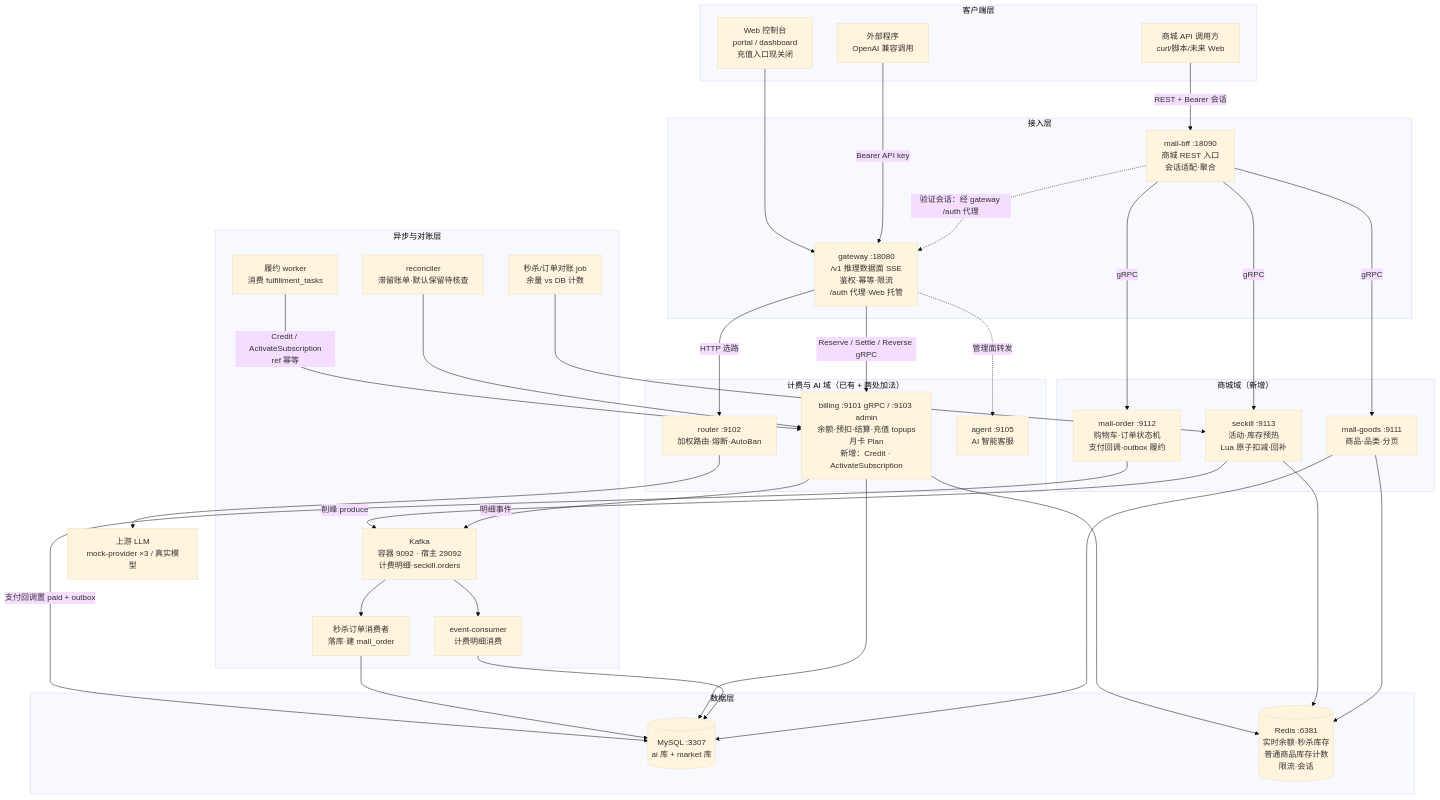
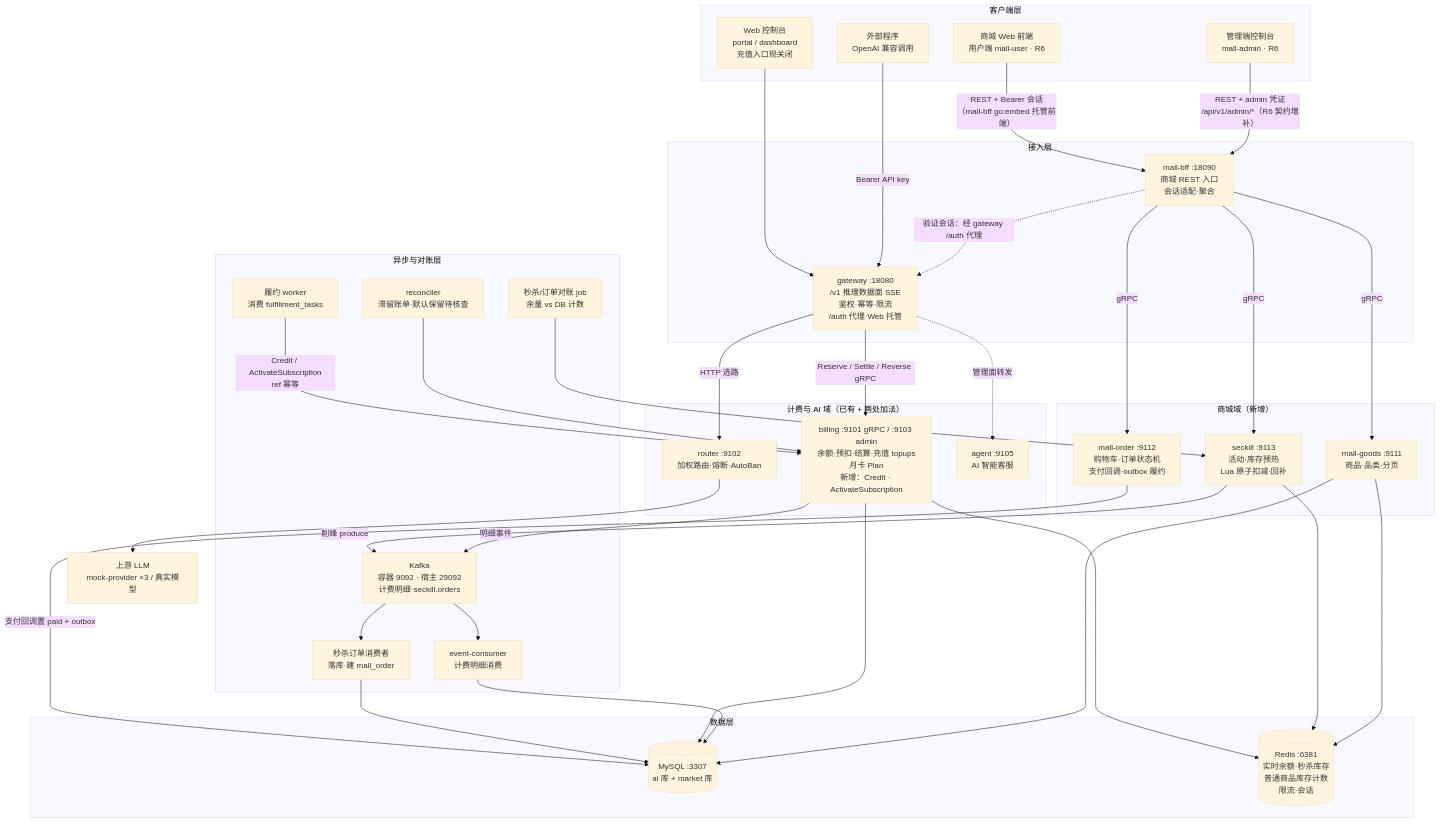
The first of 8 diagrams in docs/architecture.md (frostloom/my-market), drawn with Mermaid (base theme) before and after one commit. The commit also changed other lines of this file and 3 other files, not shown here.

````diff
--- a/docs/architecture.md
+++ b/docs/architecture.md
@@ -11,72 +11,74 @@
 ```mermaid
 flowchart TB
     subgraph Clients["客户端层"]
-        APP["商城 API 调用方<br/>curl/脚本/未来 Web"]
+        APP["商城 Web 前端<br/>用户端 mall-user · R6"]
+        ADMIN["管理端控制台<br/>mall-admin · R6"]
         WEB["Web 控制台<br/>portal / dashboard<br/>充值入口现关闭"]
         EXT["外部程序<br/>OpenAI 兼容调用"]
     end
 
     subgraph Edge["接入层"]
         BFF["mall-bff :18090<br/>商城 REST 入口<br/>会话适配·聚合"]
         GW["gateway :18080<br/>/v1 推理数据面 SSE<br/>鉴权·幂等·限流<br/>/auth 代理·Web 托管"]
     end
 
     subgraph Mall["商城域（新增）"]
         GOODS["mall-goods :9111<br/>商品·品类·分页"]
         ORDER["mall-order :9112<br/>购物车·订单状态机<br/>支付回调·outbox 履约"]
         SK["seckill :9113<br/>活动·库存预热<br/>Lua 原子扣减·回补"]
     end
 
     subgraph Core["计费与 AI 域（已有 + 两处加法）"]
         BILL["billing :9101 gRPC / :9103 admin<br/>余额·预扣·结算·充值 topups<br/>月卡 Plan<br/>新增：Credit · ActivateSubscription"]
         RT["router :9102<br/>加权路由·熔断·AutoBan"]
         AG["agent :9105<br/>AI 智能客服"]
     end
 
     subgraph Async["异步与对账层"]
         KF["Kafka<br/>容器 9092 · 宿主 29092<br/>计费明细·seckill.orders"]
         EC["event-consumer<br/>计费明细消费"]
         SKC["秒杀订单消费者<br/>落库·建 mall_order"]
         FW["履约 worker<br/>消费 fulfillment_tasks"]
         REC["reconciler<br/>滞留账单·默认保留待核查"]
         REC2["秒杀/订单对账 job<br/>余量 vs DB 计数"]
     end
 
     subgraph Data["数据层"]
         MY[("MySQL :3307<br/>ai 库 + market 库")]
         RD[("Redis :6381<br/>实时余额·秒杀库存<br/>普通商品库存计数<br/>限流·会话")]
     end
 
     PROV["上游 LLM<br/>mock-provider ×3 / 真实模型"]
 
-    APP -->|"REST + Bearer 会话"| BFF
+    APP -->|"REST + Bearer 会话<br/>（mall-bff go:embed 托管前端）"| BFF
+    ADMIN -->|"REST + admin 凭证<br/>/api/v1/admin/*（R6 契约增补）"| BFF
     WEB --> GW
     EXT -->|"Bearer API key"| GW
 
     BFF -->|"gRPC"| GOODS
     BFF -->|"gRPC"| ORDER
     BFF -->|"gRPC"| SK
     BFF -.->|"验证会话：经 gateway /auth 代理"| GW
 
     ORDER -->|"支付回调置 paid + outbox"| MY
     FW -->|"Credit / ActivateSubscription<br/>ref 幂等"| BILL
     SK -->|"削峰 produce"| KF
     KF --> SKC
     SKC --> MY
 
     GW -->|"Reserve / Settle / Reverse gRPC"| BILL
     GW -->|"HTTP 选路"| RT
     RT --> PROV
 
     BILL --> RD
     BILL --> MY
     BILL -->|"明细事件"| KF
     KF --> EC
     EC --> MY
     REC --> BILL
     REC2 --> SK
     SK --> RD
     GOODS --> RD
     GOODS --> MY
     GW -.->|"管理面转发"| AG
 ```
````
